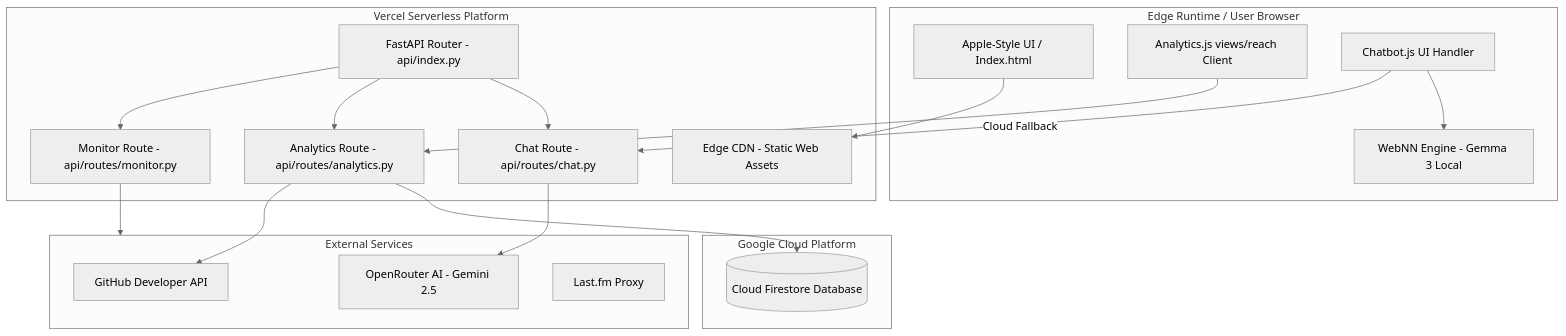
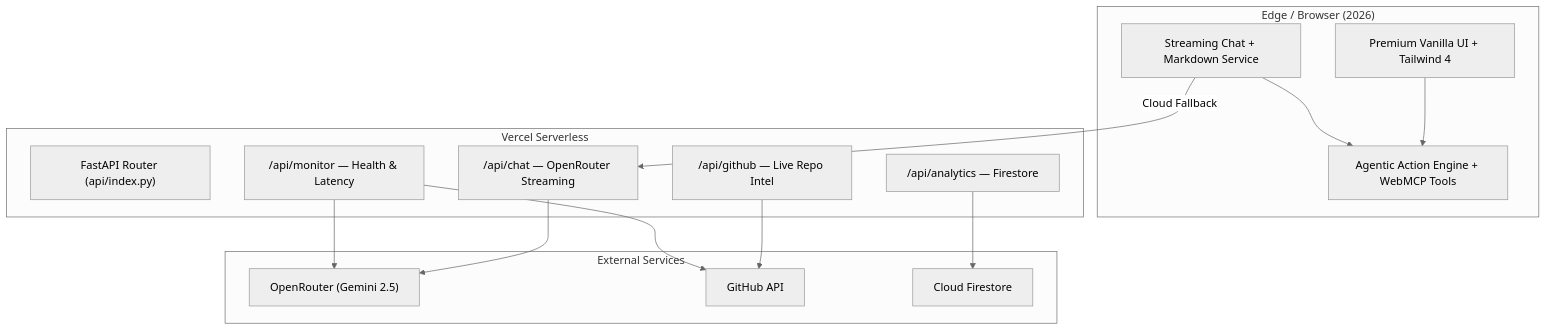
One commit to mangeshraut712/mangeshrautarchive changed the diagram in README.md. Above: the diagram before and after it, drawn with Mermaid (neutral theme). The commit also changed other lines of this file and 2 other files, not shown here.

First line of the commit message:
feat: comprehensive Apple-inspired upgrade for all sections

````diff
--- a/README.md
+++ b/README.md
@@ -176,46 +178,31 @@
 ```mermaid
 flowchart TD
-    %% Browser Layer
-    subgraph Browser [Edge Runtime / User Browser]
-        UI[Apple-Style UI / Index.html]
-        WebNN[WebNN Engine - Gemma 3 Local]
-        AnalyticsJS[Analytics.js views/reach Client]
-        ChatJS[Chatbot.js UI Handler]
+    subgraph Browser["Edge / Browser (2026)"]
+        UI["Premium Vanilla UI + Tailwind 4"]
+        Agentic["Agentic Action Engine + WebMCP Tools"]
+        Chat["Streaming Chat + Markdown Service"]
     end
 
-    %% Hosting Layer
-    subgraph Vercel [Vercel Serverless Platform]
-        CDN[Edge CDN - Static Web Assets]
-        FastAPI[FastAPI Router - api/index.py]
-        ChatAPI[Chat Route - api/routes/chat.py]
-        AnalyticsAPI[Analytics Route - api/routes/analytics.py]
-        MonitorAPI[Monitor Route - api/routes/monitor.py]
+    subgraph Vercel["Vercel Serverless"]
+        FastAPI["FastAPI Router (api/index.py)"]
+        ChatAPI["/api/chat — OpenRouter Streaming"]
+        AnalyticsAPI["/api/analytics — Firestore"]
+        GitHubAPI["/api/github — Live Repo Intel"]
+        Monitor["/api/monitor — Health & Latency"]
     end
 
-    %% Telemetry & Storage Layer
-    subgraph Database [Google Cloud Platform]
-        Firestore[(Cloud Firestore Database)]
+    subgraph External["External Services"]
+        OpenRouter["OpenRouter (Gemini 2.5)"]
+        GitHub["GitHub API"]
+        Firestore["Cloud Firestore"]
     end
 
-    %% Cloud AI Layer
-    subgraph Provider [External Services]
-        OpenRouter[OpenRouter AI - Gemini 2.5]
-        GitHubAPI[GitHub Developer API]
-        LastFM[Last.fm Proxy]
-    end
-
-    %% Connections
-    UI --> CDN
-    ChatJS --> WebNN
-    ChatJS -- Cloud Fallback --> ChatAPI
-    AnalyticsJS --> AnalyticsAPI
-
-    FastAPI --> ChatAPI
-    FastAPI --> AnalyticsAPI
-    FastAPI --> MonitorAPI
-
+    UI --> Agentic
+    Chat --> Agentic
+    Chat -- Cloud Fallback --> ChatAPI
     AnalyticsAPI --> Firestore
     ChatAPI --> OpenRouter
-    AnalyticsAPI --> GitHubAPI
-    MonitorAPI --> Provider
+    GitHubAPI --> GitHub
+    Monitor --> OpenRouter
+    Monitor --> GitHub
 ```
````
